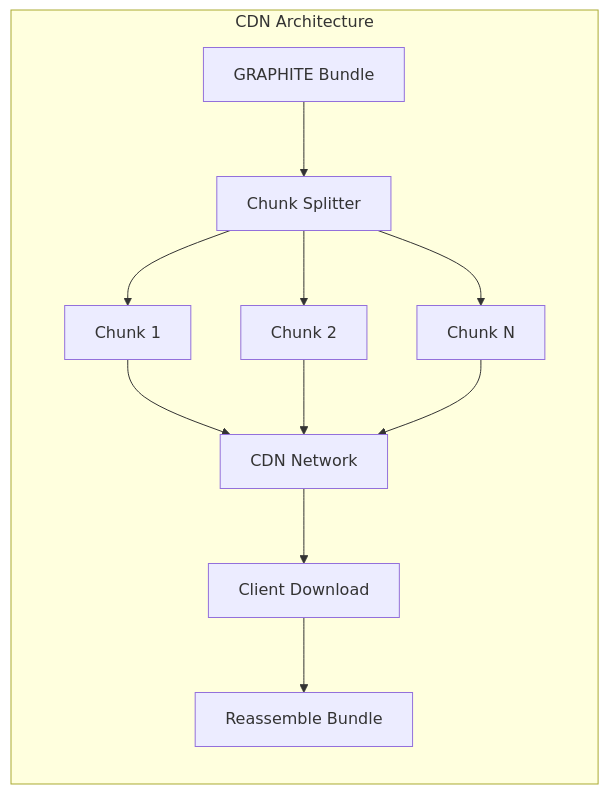
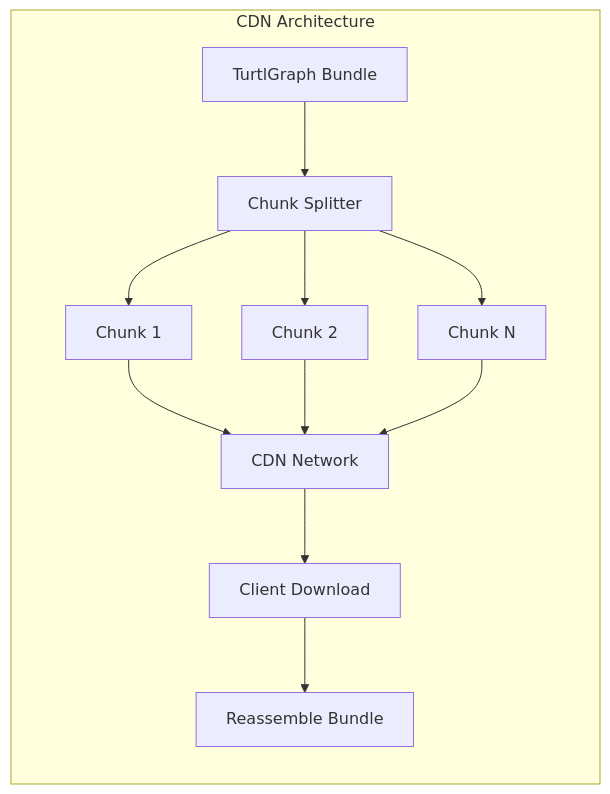
Before and after one commit to turtlgraph/docs: the fourth of 6 diagrams in volumes/volume-3-advanced-systems/part-8-performance-optimization.md, drawn with Mermaid. The commit also changed other lines of this file and 10 other files, not shown here.

First line of the commit message:
docs: Replace all GRAPHITE references with TurtlGraph/HyperDAG

````diff
--- a/volumes/volume-3-advanced-systems/part-8-performance-optimization.md
+++ b/volumes/volume-3-advanced-systems/part-8-performance-optimization.md
@@ -422,16 +422,16 @@
 ```mermaid
 graph LR
     subgraph "CDN Architecture"
-        BUNDLE[GRAPHITE Bundle] --> CHUNKER[Chunk Splitter]
+        BUNDLE[TurtlGraph Bundle] --> CHUNKER[Chunk Splitter]
         CHUNKER --> C1[Chunk 1]
         CHUNKER --> C2[Chunk 2]
         CHUNKER --> C3[Chunk N]
         
         C1 --> CDN[CDN Network]
         C2 --> CDN
         C3 --> CDN
         
         CDN --> CLIENT[Client Download]
         CLIENT --> ASSEMBLE[Reassemble Bundle]
     end
 ```
````
